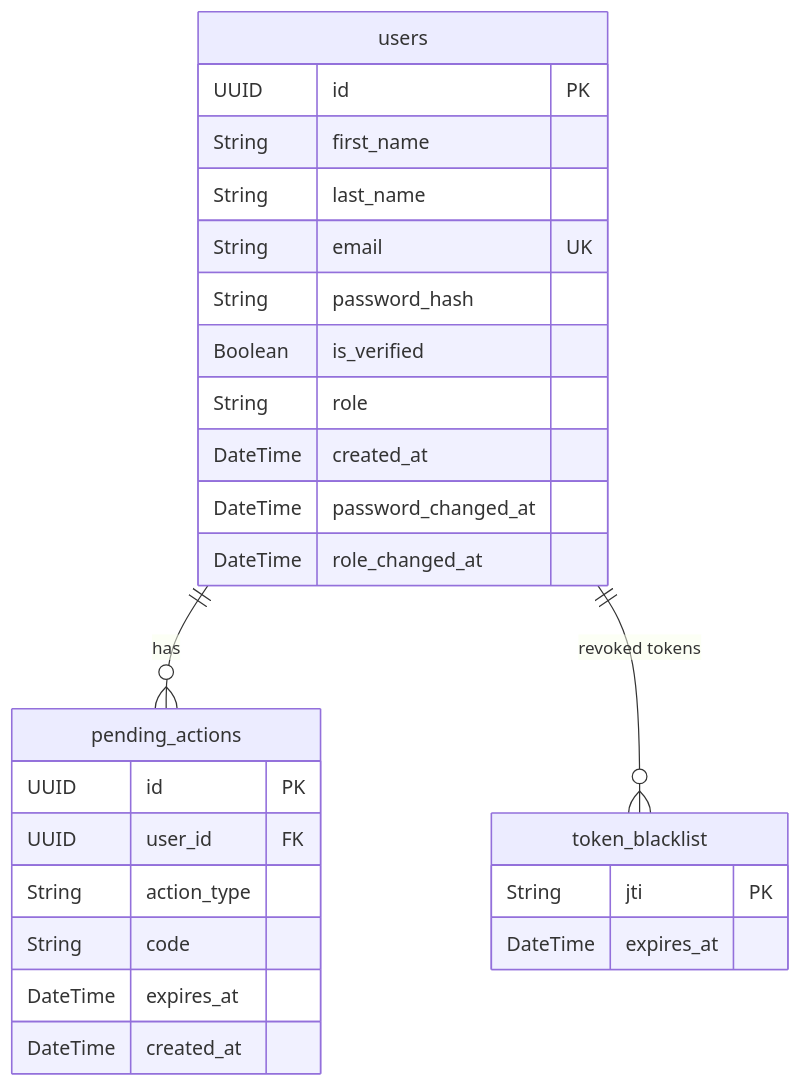
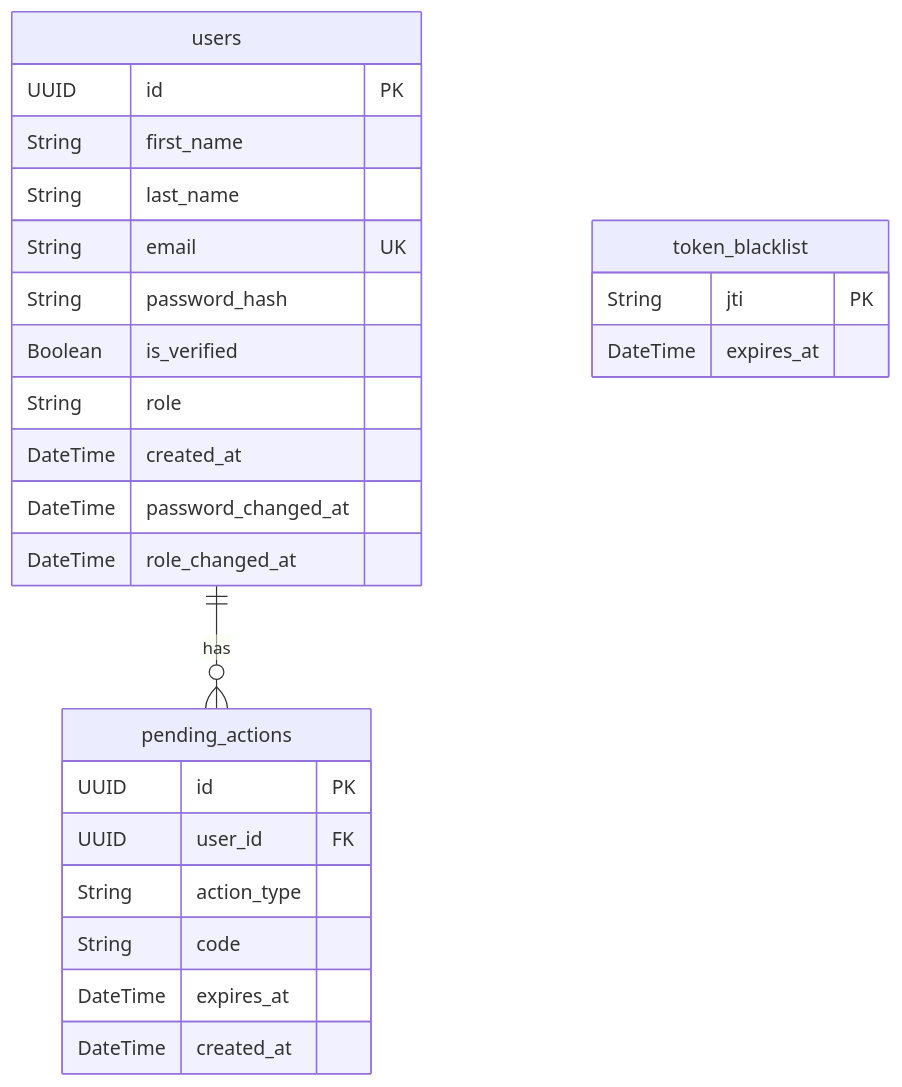
Before and after one commit to waelswaid/auth-system: the third of 7 diagrams in docs/architecture-diagrams.md, drawn with Mermaid. The commit also changed other lines of this file, not shown here.

Commit message:
another diagrams adjustment

````diff
--- a/docs/architecture-diagrams.md
+++ b/docs/architecture-diagrams.md
@@ -115,32 +115,31 @@
 ```mermaid
 erDiagram
     users {
         UUID id PK
         String first_name
         String last_name
         String email UK
         String password_hash
         Boolean is_verified
         String role
         DateTime created_at
         DateTime password_changed_at
         DateTime role_changed_at
     }
 
     pending_actions {
         UUID id PK
         UUID user_id FK
         String action_type
         String code
         DateTime expires_at
         DateTime created_at
     }
 
     token_blacklist {
         String jti PK
         DateTime expires_at
     }
 
     users ||--o{ pending_actions : "has"
-    users ||--o{ token_blacklist : "revoked tokens"
 ```
````
